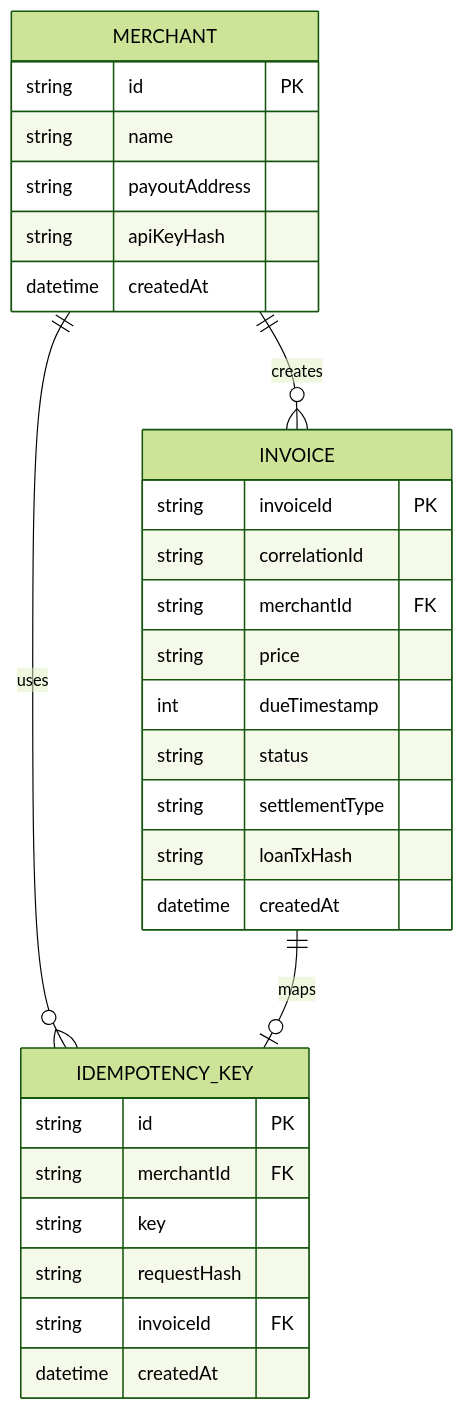
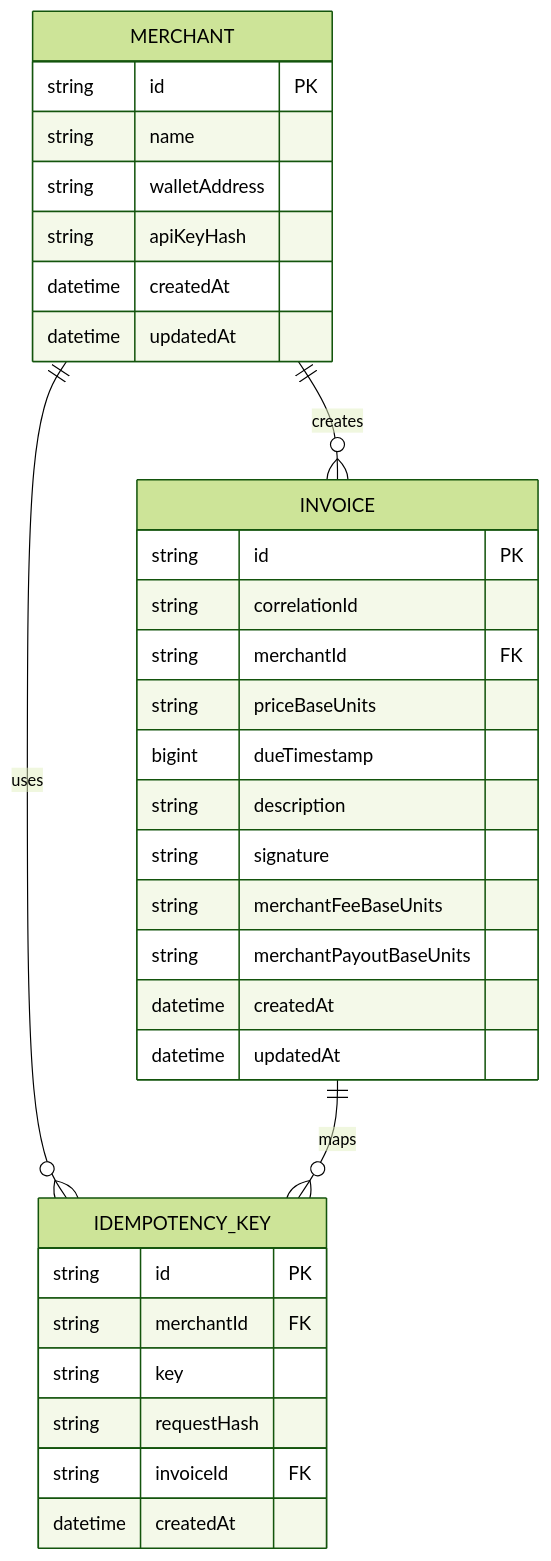
One commit to yukikm/bnpl-yield-discount changed the second of 10 diagrams in docs/functional-design.md. Above: the diagram before and after it, drawn with Mermaid (forest theme). The commit also changed other lines of this file and 149 other files, not shown here.

First line of the commit message:
feat: initialize pnpm workspace and add Prisma schema with migrations

````diff
--- a/docs/functional-design.md
+++ b/docs/functional-design.md
@@ -203,33 +195,36 @@
 ```mermaid
 erDiagram
   MERCHANT ||--o{ INVOICE : creates
   MERCHANT ||--o{ IDEMPOTENCY_KEY : uses
-  INVOICE ||--o| IDEMPOTENCY_KEY : maps
+  INVOICE ||--o{ IDEMPOTENCY_KEY : maps
 
   MERCHANT {
     string id PK
     string name
-    string payoutAddress
+    string walletAddress
     string apiKeyHash
     datetime createdAt
+    datetime updatedAt
   }
   INVOICE {
-    string invoiceId PK
+    string id PK
     string correlationId
     string merchantId FK
-    string price
-    int dueTimestamp
-    string status
-    string settlementType
-    string loanTxHash
+    string priceBaseUnits
+    bigint dueTimestamp
+    string description
+    string signature
+    string merchantFeeBaseUnits
+    string merchantPayoutBaseUnits
     datetime createdAt
+    datetime updatedAt
   }
   IDEMPOTENCY_KEY {
     string id PK
     string merchantId FK
     string key
     string requestHash
     string invoiceId FK
     datetime createdAt
   }
 ```
````
